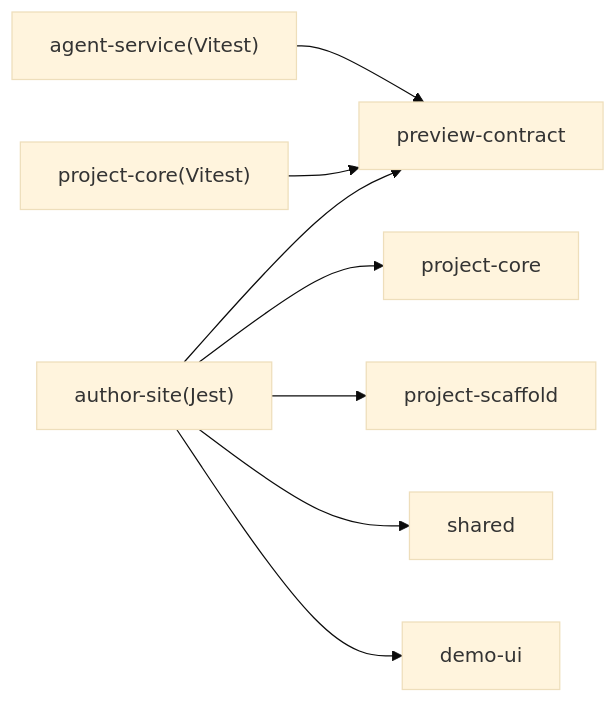
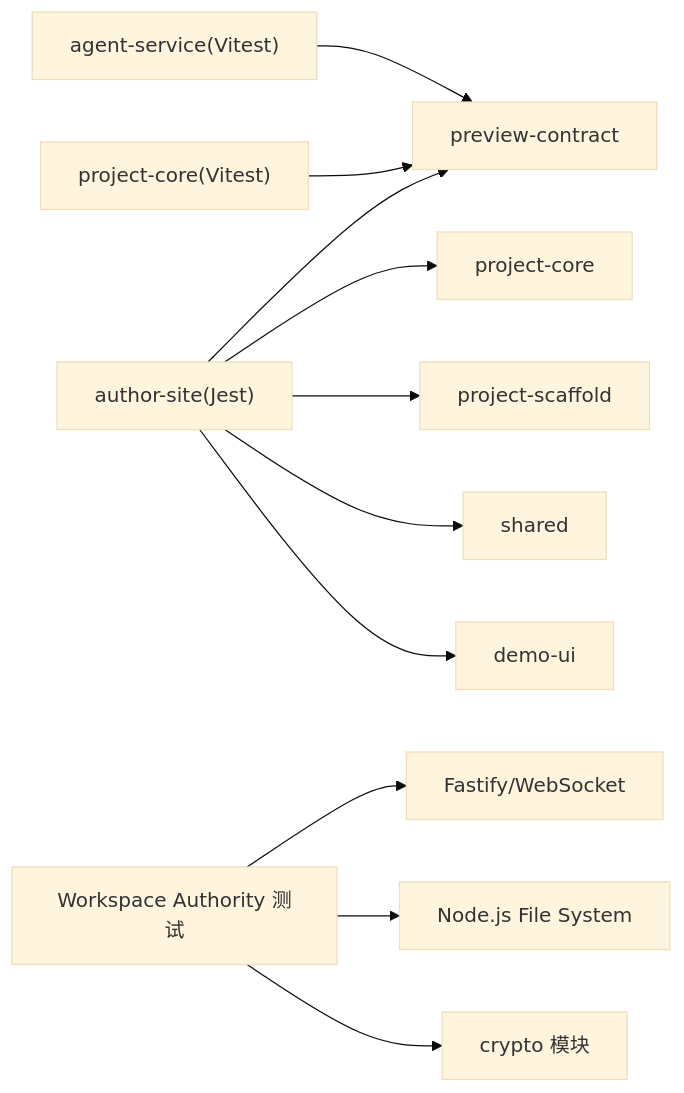
The seventh of 7 diagrams in .qoder/repowiki/zh/content/测试策略/测试策略.md (qihaogithub/workbench), drawn with Mermaid (base theme) before and after one commit. The commit also changed other lines of this file and 448 other files, not shown here.

````diff
--- a/.qoder/repowiki/zh/content/测试策略/测试策略.md
+++ b/.qoder/repowiki/zh/content/测试策略/测试策略.md
@@ -332,10 +425,13 @@
 ```mermaid
 graph LR
 Author["author-site(Jest)"] --> PC["preview-contract"]
 Author --> Core["project-core"]
 Author --> Scaffold["project-scaffold"]
 Author --> Shared["shared"]
 Author --> Demo["demo-ui"]
 Agent["agent-service(Vitest)"] --> PC
 PCore["project-core(Vitest)"] --> PC
+AuthTests["Workspace Authority 测试"] --> Fastify["Fastify/WebSocket"]
+AuthTests --> FS["Node.js File System"]
+AuthTests --> Crypto["crypto 模块"]
 ```
````
